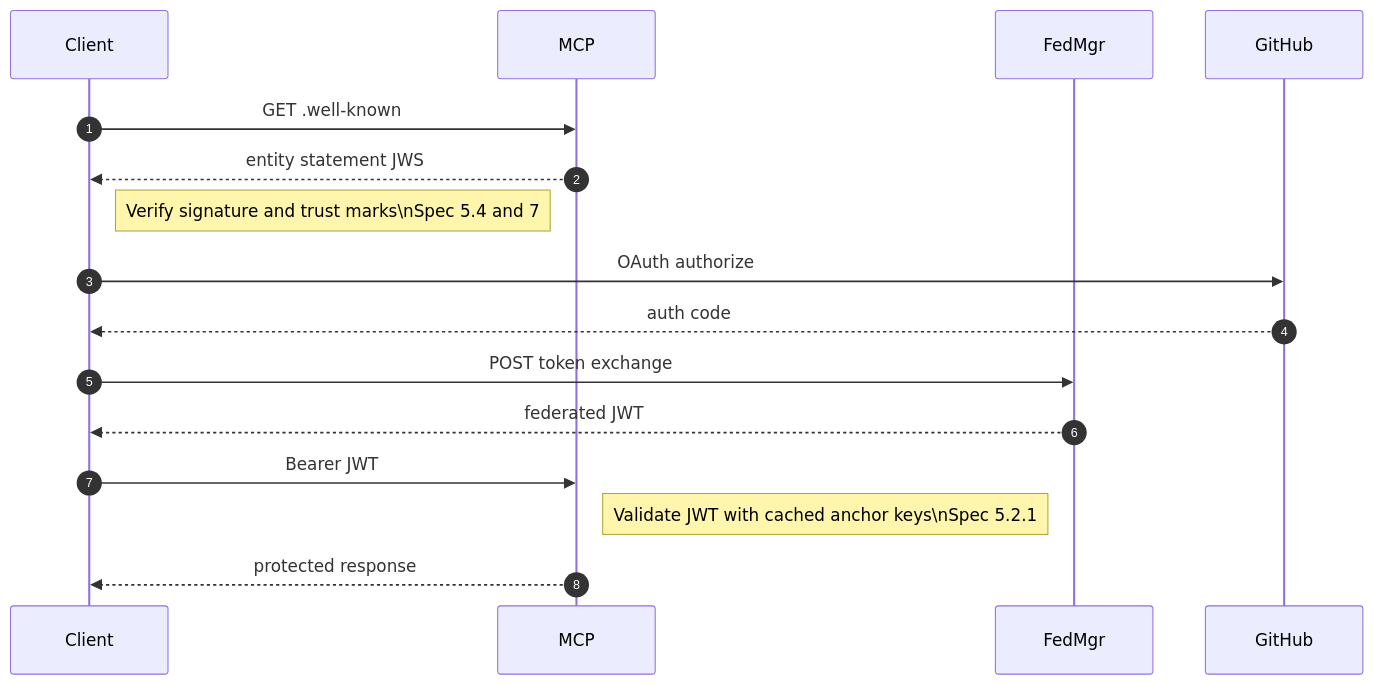
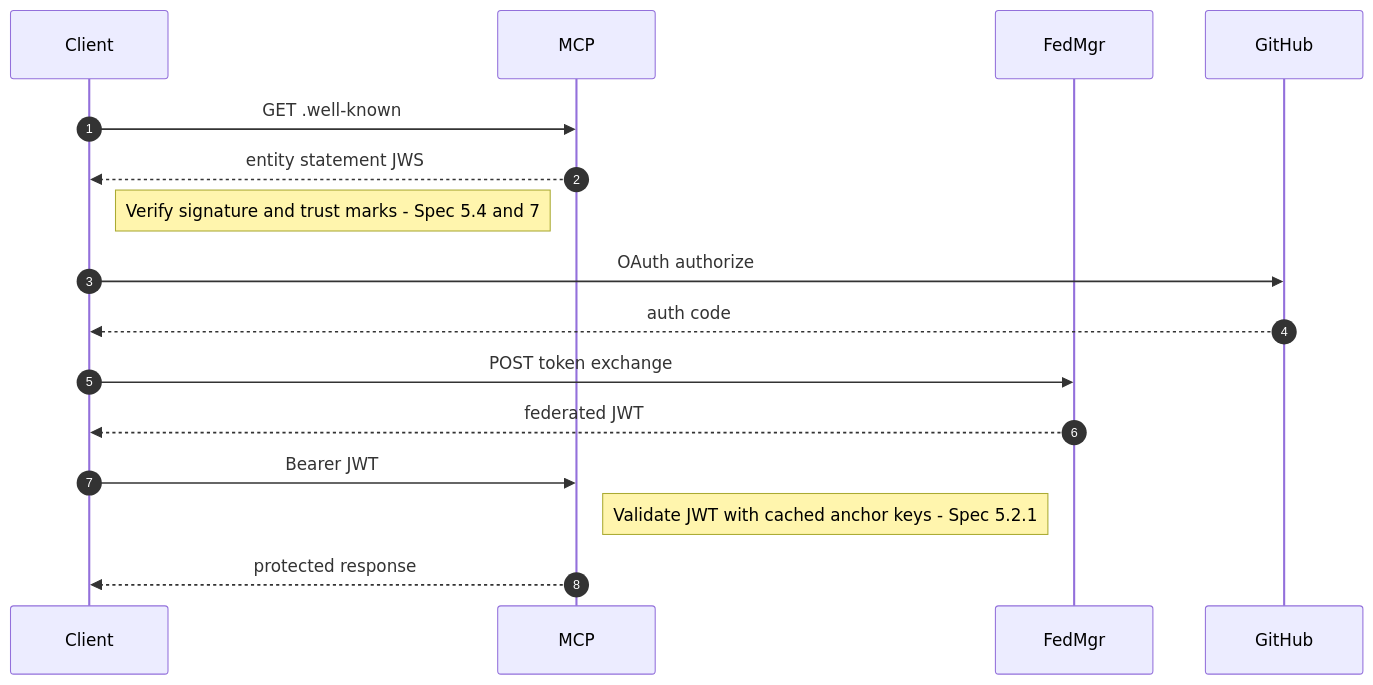
One commit to teamktown/fedmgr changed the third of 7 diagrams in docs/dev-guide.md. Above: the diagram before and after it, drawn with Mermaid. The commit also changed other lines of this file and 7 other files, not shown here.

Commit message:
fix: docker external port settings updated, proper jwt anchor handling addressed

````diff
--- a/docs/dev-guide.md
+++ b/docs/dev-guide.md
@@ -151,23 +151,23 @@
 ```mermaid
 sequenceDiagram
     autonumber
     participant Client
     participant MCP
     participant FedMgr
     participant GitHub
 
     Client ->> MCP: GET .well-known
     MCP -->> Client: entity statement JWS
-    Note right of Client: Verify signature and trust marks\nSpec 5.4 and 7
+    Note right of Client: Verify signature and trust marks - Spec 5.4 and 7
 
     Client ->> GitHub: OAuth authorize
     GitHub -->> Client: auth code
 
     Client ->> FedMgr: POST token exchange
     FedMgr -->> Client: federated JWT
 
     Client ->> MCP: Bearer JWT
-    Note right of MCP: Validate JWT with cached anchor keys\nSpec 5.2.1
+    Note right of MCP: Validate JWT with cached anchor keys - Spec 5.2.1
     MCP -->> Client: protected response
 
 ```
````
